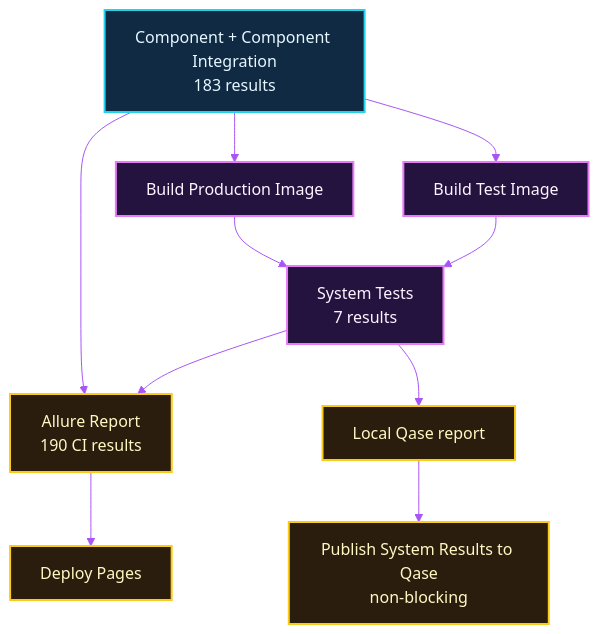
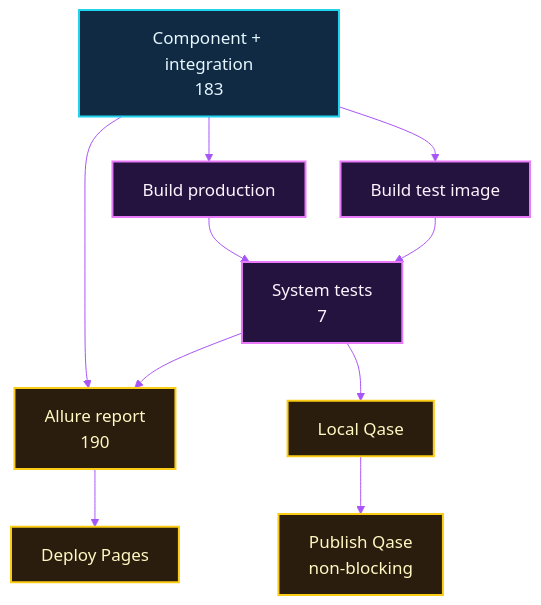
One commit to michalmarczuk/event-agent changed the diagram in docs/OPERATIONS.md. Above: the diagram before and after it, drawn with Mermaid. The commit also changed 3 other files, not shown here.

Commit message:
Improve Mermaid diagram readability across documentation

````diff
--- a/docs/OPERATIONS.md
+++ b/docs/OPERATIONS.md
@@ -225,20 +225,20 @@
 ```mermaid
-%%{init: {'theme': 'base', 'themeVariables': {'background': '#07111f', 'primaryColor': '#102a43', 'primaryTextColor': '#e6f7ff', 'primaryBorderColor': '#22d3ee', 'secondaryColor': '#25133f', 'tertiaryColor': '#12352b', 'lineColor': '#a855f7', 'fontFamily': 'ui-sans-serif, system-ui'}}}%%
+%%{init: {'theme': 'base', 'themeVariables': {'background': '#07111f', 'primaryColor': '#102a43', 'primaryTextColor': '#e6f7ff', 'primaryBorderColor': '#22d3ee', 'secondaryColor': '#25133f', 'tertiaryColor': '#12352b', 'lineColor': '#a855f7', 'fontFamily': 'ui-sans-serif, system-ui', 'fontSize': '17px'}, 'flowchart': {'nodeSpacing': 35, 'rankSpacing': 45}}}%%
 flowchart TB
-    component["Component + Component Integration\n183 results"] --> production["Build Production Image"]
-    component --> test_image["Build Test Image"]
-    production --> system["System Tests\n7 results"]
+    component["Component + integration\n183"] --> production["Build production"]
+    component --> test_image["Build test image"]
+    production --> system["System tests\n7"]
     test_image --> system
-    component --> allure["Allure Report\n190 CI results"]
+    component --> allure["Allure report\n190"]
     system --> allure
     allure --> pages["Deploy Pages"]
-    system --> local["Local Qase report"]
-    local --> publish["Publish System Results to Qase\nnon-blocking"]
+    system --> local["Local Qase"]
+    local --> publish["Publish Qase\nnon-blocking"]
 
     classDef ci fill:#102a43,stroke:#22d3ee,color:#e6f7ff,stroke-width:2px;
     classDef image fill:#25133f,stroke:#e879f9,color:#fdf4ff,stroke-width:2px;
     classDef report fill:#2b1d0e,stroke:#facc15,color:#fef9c3,stroke-width:2px;
     class component ci;
     class production,test_image,system image;
     class allure,pages,local,publish report;
 ```
````
